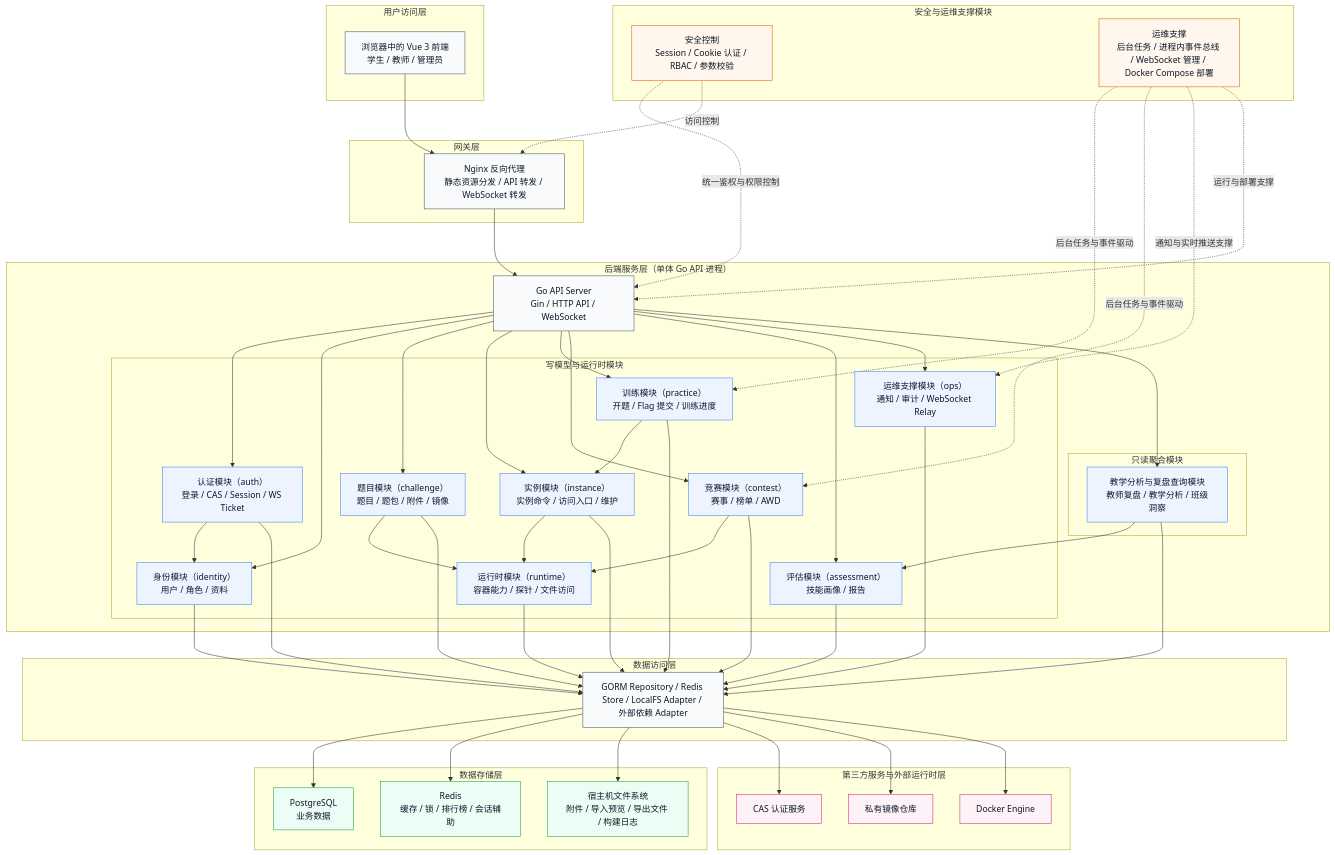
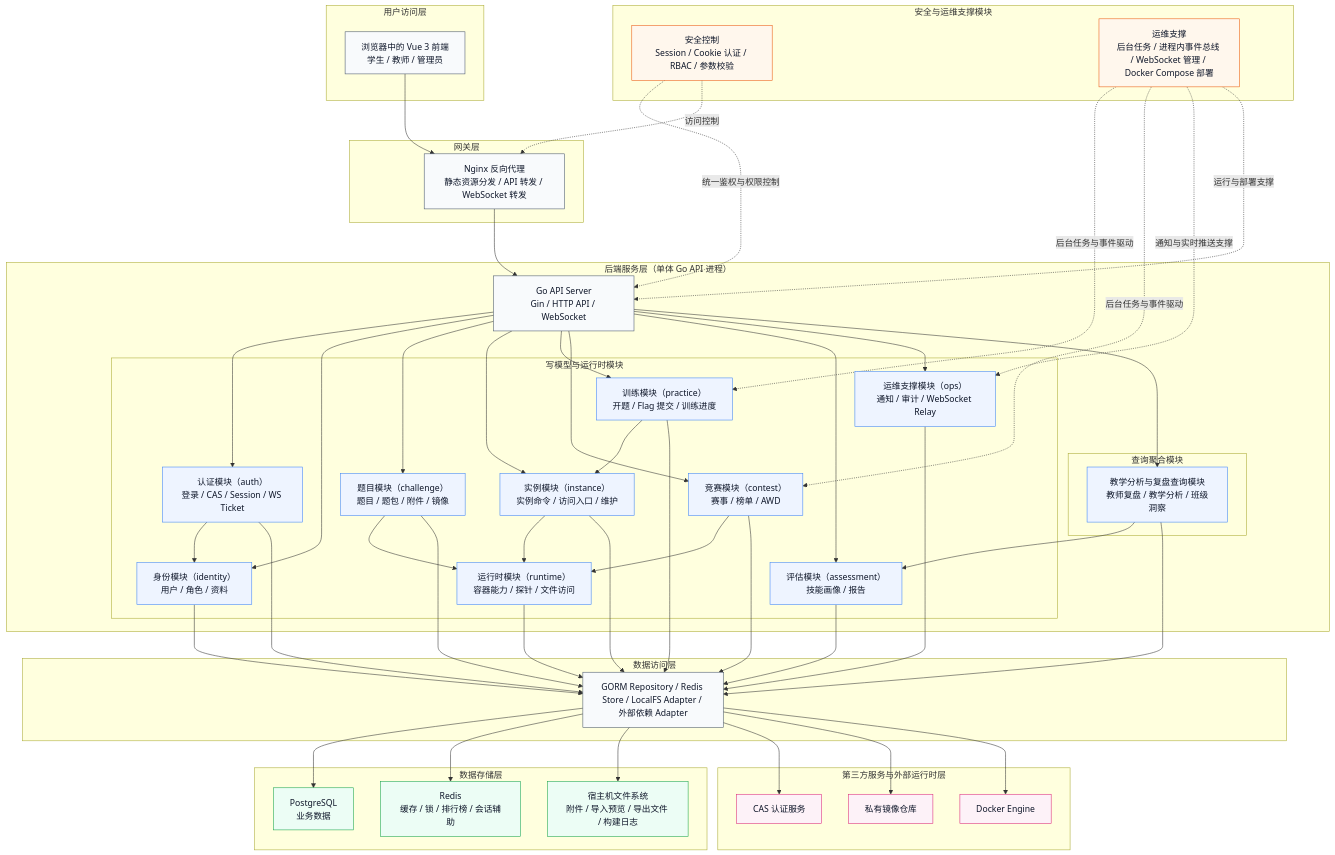
The first of 4 diagrams in docs/architecture/backend/07-modular-monolith-refactor.md (architectcgz/ctf), drawn with Mermaid before and after one commit. The commit also changed other lines of this file and 45 other files, not shown here.

```diff
--- a/docs/architecture/backend/07-modular-monolith-refactor.md
+++ b/docs/architecture/backend/07-modular-monolith-refactor.md
@@ -190,7 +190,7 @@
             OpsSvc["运维支撑模块（ops）<br/>通知 / 审计 / WebSocket Relay"]
             Runtime["运行时模块（runtime）<br/>容器能力 / 探针 / 文件访问"]
         end
-        subgraph ReadModels["只读聚合模块"]
+        subgraph QueryAggregation["查询聚合模块"]
             Teaching["教学分析与复盘查询模块<br/>教师复盘 / 教学分析 / 班级洞察"]
         end
     end
```
